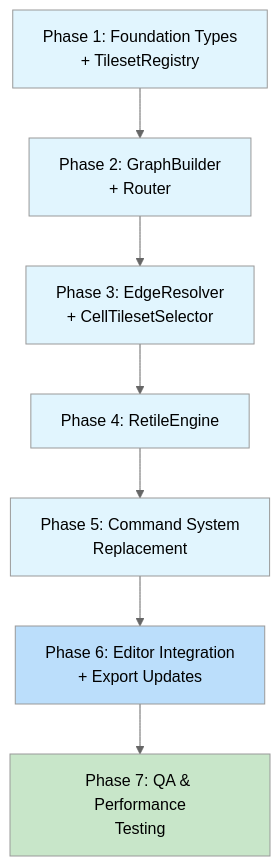
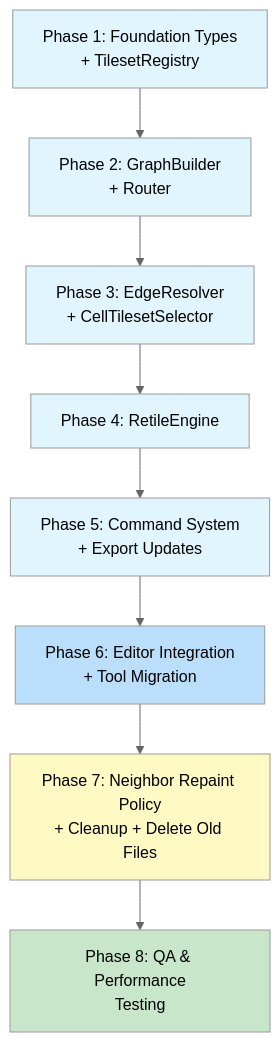
One commit to tundraray/nookstead changed the first of 2 diagrams in docs/plans/plan-015-autotile-routing-system.md. Above: the diagram before and after it, drawn with Mermaid (neutral theme). The commit also changed other lines of this file and 44 other files, not shown here.

Commit message:
feat: implement autotile routing system with new editor tools, commands, and supporting documentation.

````diff
--- a/docs/plans/plan-015-autotile-routing-system.md
+++ b/docs/plans/plan-015-autotile-routing-system.md
@@ -71,17 +98,19 @@
 ```mermaid
 graph TD
     P1[Phase 1: Foundation Types<br/>+ TilesetRegistry] --> P2[Phase 2: GraphBuilder<br/>+ Router]
     P2 --> P3[Phase 3: EdgeResolver<br/>+ CellTilesetSelector]
     P3 --> P4[Phase 4: RetileEngine]
-    P4 --> P5[Phase 5: Command System<br/>Replacement]
-    P5 --> P6[Phase 6: Editor Integration<br/>+ Export Updates]
-    P6 --> P7[Phase 7: QA & Performance<br/>Testing]
+    P4 --> P5[Phase 5: Command System<br/>+ Export Updates]
+    P5 --> P6[Phase 6: Editor Integration<br/>+ Tool Migration]
+    P6 --> P7[Phase 7: Neighbor Repaint Policy<br/>+ Cleanup + Delete Old Files]
+    P7 --> P8[Phase 8: QA & Performance<br/>Testing]
 
     style P1 fill:#e1f5fe
     style P2 fill:#e1f5fe
     style P3 fill:#e1f5fe
     style P4 fill:#e1f5fe
     style P5 fill:#e1f5fe
     style P6 fill:#bbdefb
-    style P7 fill:#c8e6c9
+    style P7 fill:#fff9c4
+    style P8 fill:#c8e6c9
 ```
````
